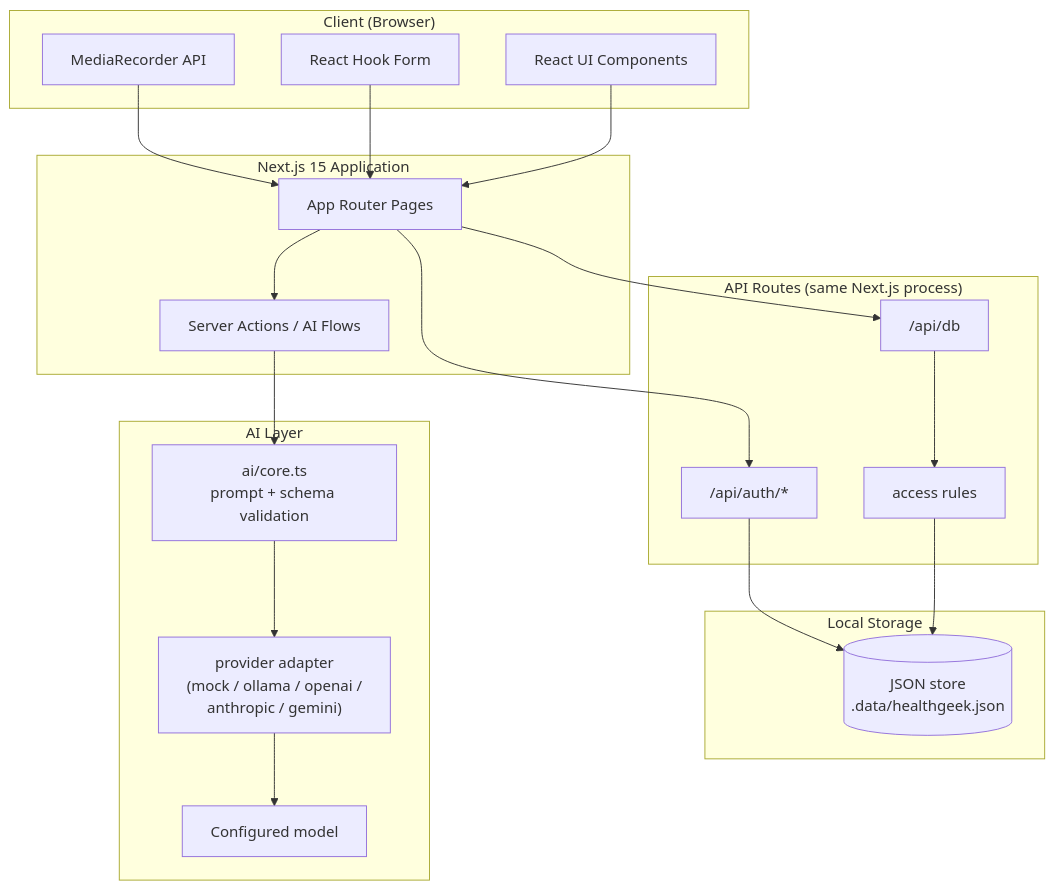
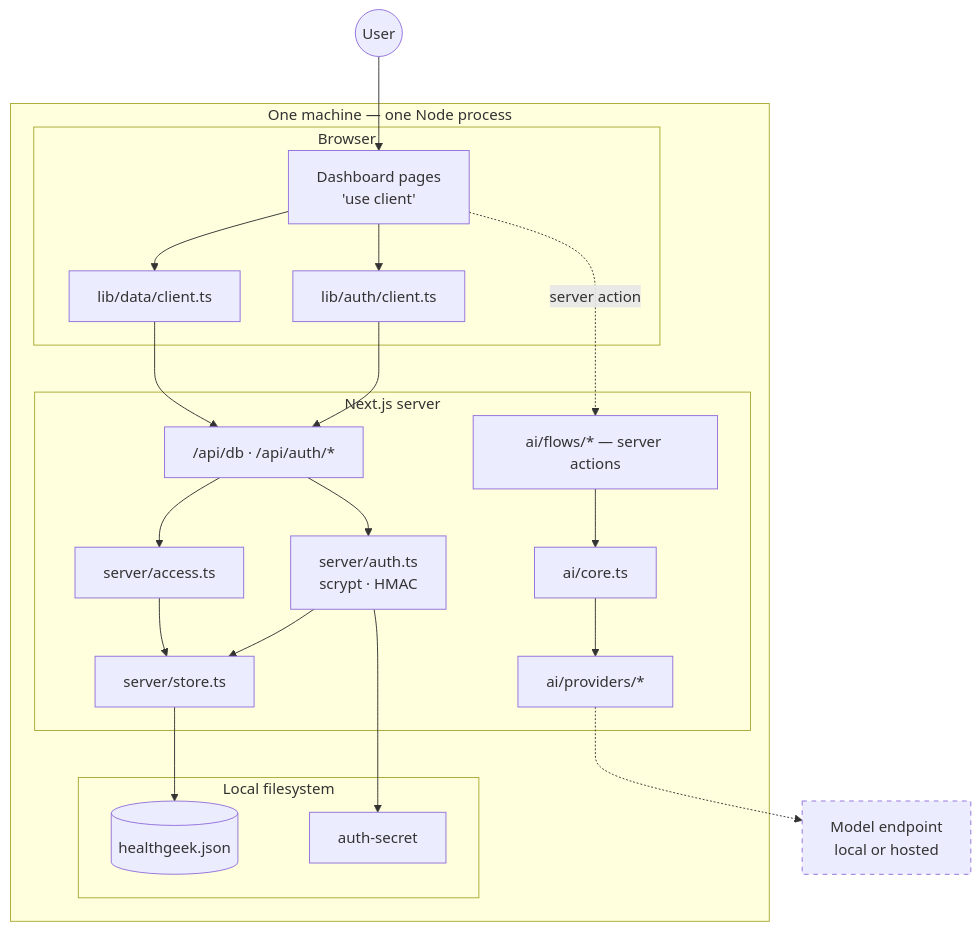
One commit to knotking/healthgeek changed the first of 11 diagrams in docs/architecture/README.md. Above: the diagram before and after it, drawn with Mermaid. The commit also changed other lines of this file and 6 other files, not shown here.

````diff
--- a/docs/architecture/README.md
+++ b/docs/architecture/README.md
@@ -9,42 +11,40 @@
 ```mermaid
-graph TB
-    subgraph Client ["Client (Browser)"]
-        UI[React UI Components]
-        RHF[React Hook Form]
-        Media[MediaRecorder API]
+flowchart TB
+    user(("User"))
+
+    subgraph machine ["One machine — one Node process"]
+        subgraph client ["Browser"]
+            pages["Dashboard pages<br/>'use client'"]
+            dc["lib/data/client.ts"]
+            ac["lib/auth/client.ts"]
+        end
+
+        subgraph srv ["Next.js server"]
+            api["/api/db · /api/auth/*"]
+            rules["server/access.ts"]
+            store["server/store.ts"]
+            auth["server/auth.ts<br/>scrypt · HMAC"]
+            actions["ai/flows/* — server actions"]
+            core["ai/core.ts"]
+            prov["ai/providers/*"]
+        end
+
+        subgraph fs ["Local filesystem"]
+            data[("healthgeek.json")]
+            sec["auth-secret"]
+        end
     end
 
-    subgraph NextJS ["Next.js 15 Application"]
-        Pages[App Router Pages]
-        ServerActions[Server Actions / AI Flows]
-    end
+    ext["Model endpoint<br/>local or hosted"]
 
-    subgraph Routes ["API Routes (same Next.js process)"]
-        AuthAPI["/api/auth/*"]
-        DbAPI["/api/db"]
-        Access["access rules"]
-    end
+    user --> pages
+    pages --> dc --> api
+    pages --> ac --> api
+    pages -.->|"server action"| actions
+    api --> rules --> store --> data
+    api --> auth --> sec
+    auth --> store
+    actions --> core --> prov -.-> ext
 
-    subgraph Storage ["Local Storage"]
-        Store[("JSON store<br/>.data/healthgeek.json")]
-    end
-
-    subgraph AI ["AI Layer"]
-        Core["ai/core.ts<br/>prompt + schema validation"]
-        Providers["provider adapter<br/>(mock / ollama / openai /<br/>anthropic / gemini)"]
-        Model[Configured model]
-    end
-
-    UI --> Pages
-    RHF --> Pages
-    Media --> Pages
-    Pages --> ServerActions
-    Pages --> AuthAPI
-    Pages --> DbAPI
-    DbAPI --> Access
-    Access --> Store
-    AuthAPI --> Store
-    ServerActions --> Core
-    Core --> Providers
-    Providers --> Model
+    style ext stroke-dasharray: 5 5
 ```
````
